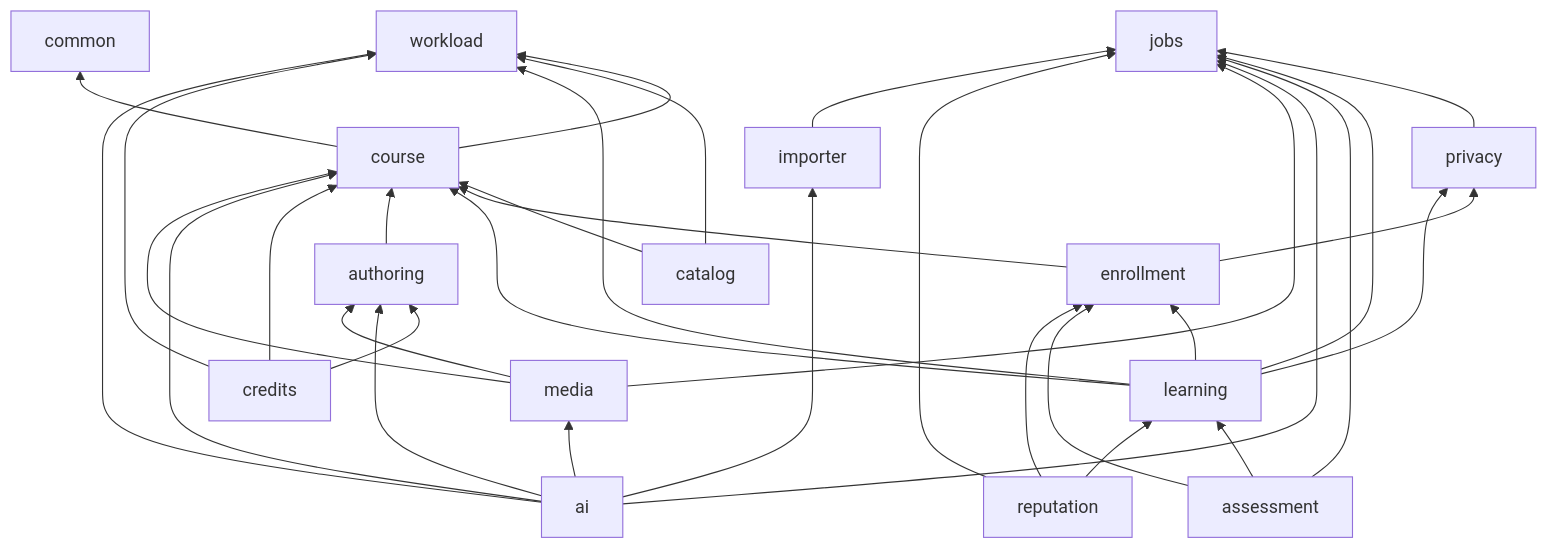
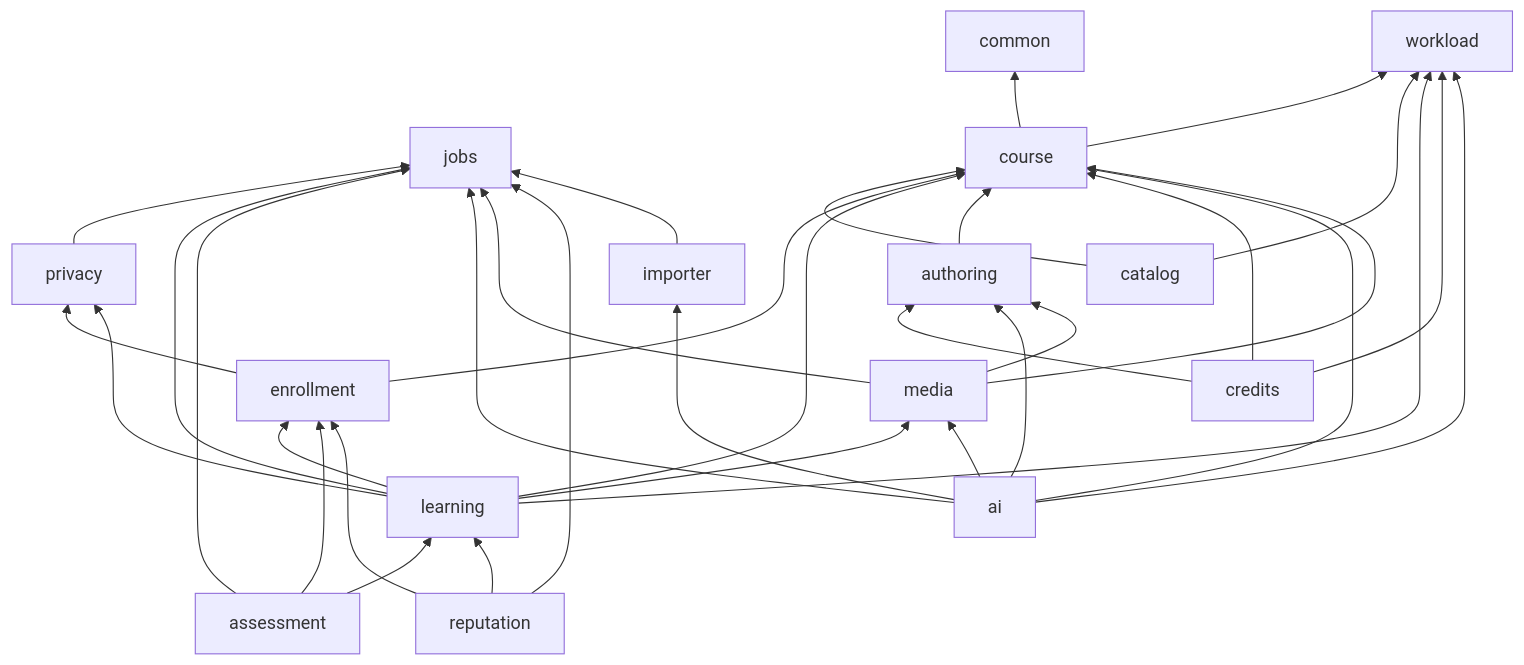
One commit to wasichai/elearning-backend changed the second of 3 diagrams in docs/architecture/overview.md. Above: the diagram before and after it, drawn with Mermaid. The commit also changed other lines of this file and 16 other files, not shown here.

````diff
--- a/docs/architecture/overview.md
+++ b/docs/architecture/overview.md
@@ -115,39 +115,40 @@
 ```mermaid
 flowchart BT
     common
     workload
     jobs
     course --> common
     course --> workload
     catalog --> course
     catalog --> workload
     enrollment --> course
     enrollment --> privacy
     privacy --> jobs
     learning --> enrollment
     learning --> course
     learning --> workload
     learning --> jobs
     learning --> privacy
+    learning --> media
     assessment --> learning
     assessment --> enrollment
     assessment --> jobs
     authoring --> course
     credits --> authoring
     credits --> course
     credits --> workload
     importer
     ai --> authoring
     ai --> course
     ai --> importer
     ai --> jobs
     ai --> media
     ai --> workload
     media --> authoring
     media --> course
     media --> jobs
     reputation --> enrollment
     reputation --> learning
     reputation --> jobs
     importer --> jobs
 ```
````
